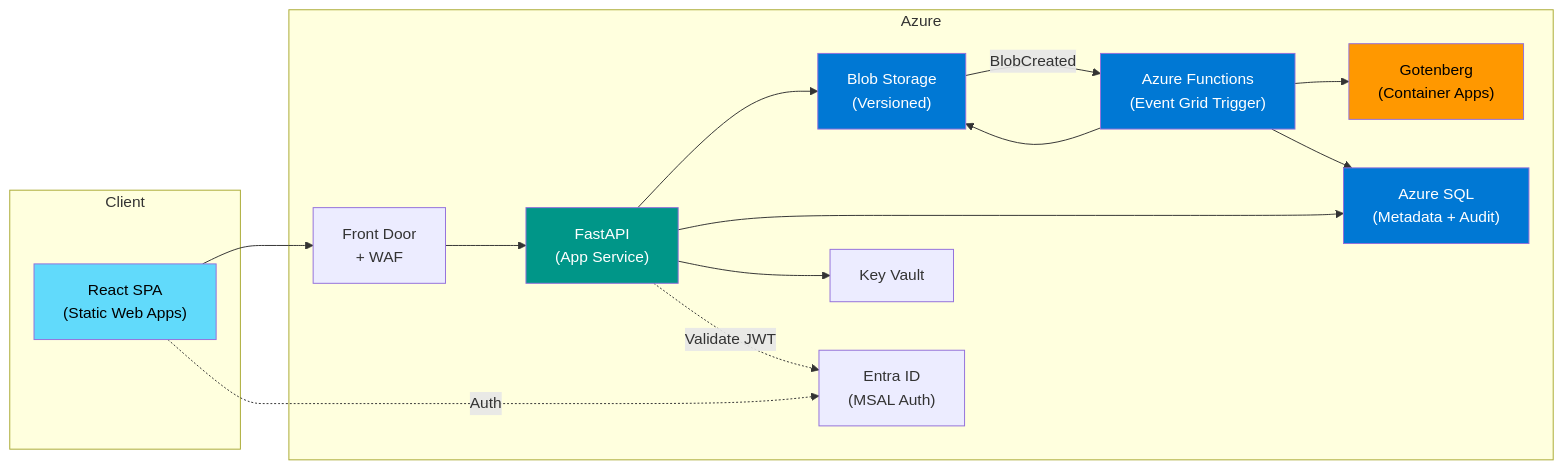
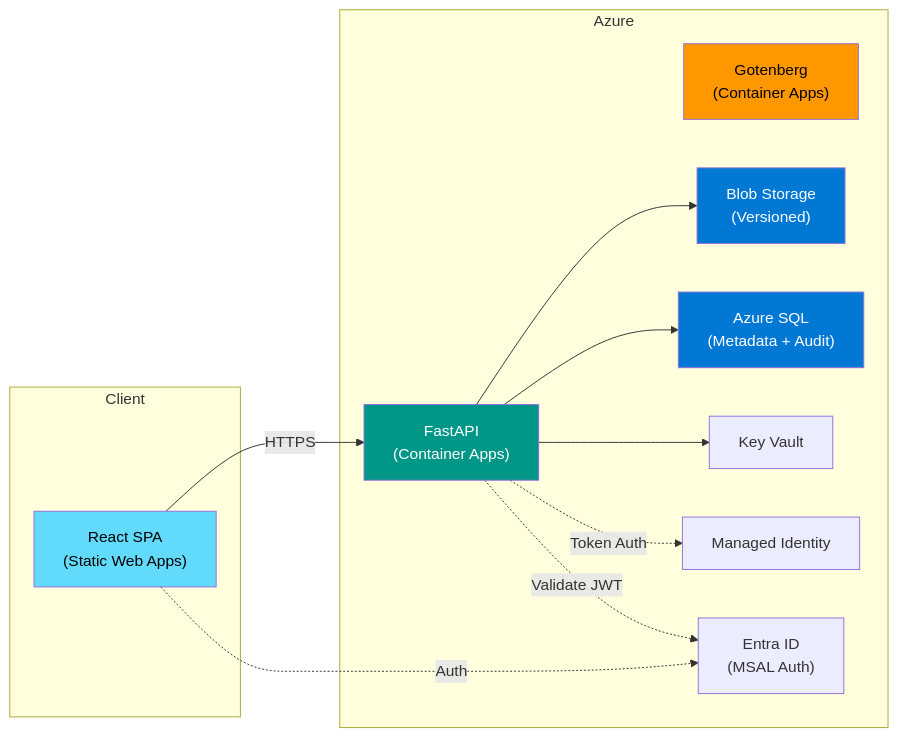
One commit to fgarofalo56/ucm-azure-native-demo changed the first of 2 diagrams in README.md. Above: the diagram before and after it, drawn with Mermaid. The commit also changed other lines of this file and 7 other files, not shown here.

First line of the commit message:
docs: update architecture docs and diagrams to match deployed state

````diff
--- a/README.md
+++ b/README.md
@@ -31,36 +39,30 @@
 ```mermaid
 flowchart LR
     subgraph Client
         FE["React SPA\n(Static Web Apps)"]
     end
 
     subgraph Azure
-        FD["Front Door\n+ WAF"]
-        API["FastAPI\n(App Service)"]
-        FUNC["Azure Functions\n(Event Grid Trigger)"]
+        API["FastAPI\n(Container Apps)"]
         GOT["Gotenberg\n(Container Apps)"]
         BLOB["Blob Storage\n(Versioned)"]
         SQL["Azure SQL\n(Metadata + Audit)"]
         KV["Key Vault"]
         ENTRA["Entra ID\n(MSAL Auth)"]
+        MI["Managed Identity"]
     end
 
-    FE --> FD
-    FD --> API
+    FE -->|HTTPS| API
     API --> BLOB
     API --> SQL
     API --> KV
-    BLOB -->|BlobCreated| FUNC
-    FUNC --> GOT
-    FUNC --> BLOB
-    FUNC --> SQL
+    API -.->|Token Auth| MI
     FE -.->|Auth| ENTRA
     API -.->|Validate JWT| ENTRA
 
     style FE fill:#61dafb,color:#000
     style API fill:#009688,color:#fff
-    style FUNC fill:#0078d4,color:#fff
     style GOT fill:#ff9800,color:#000
     style BLOB fill:#0078d4,color:#fff
     style SQL fill:#0078d4,color:#fff
 ```
````
